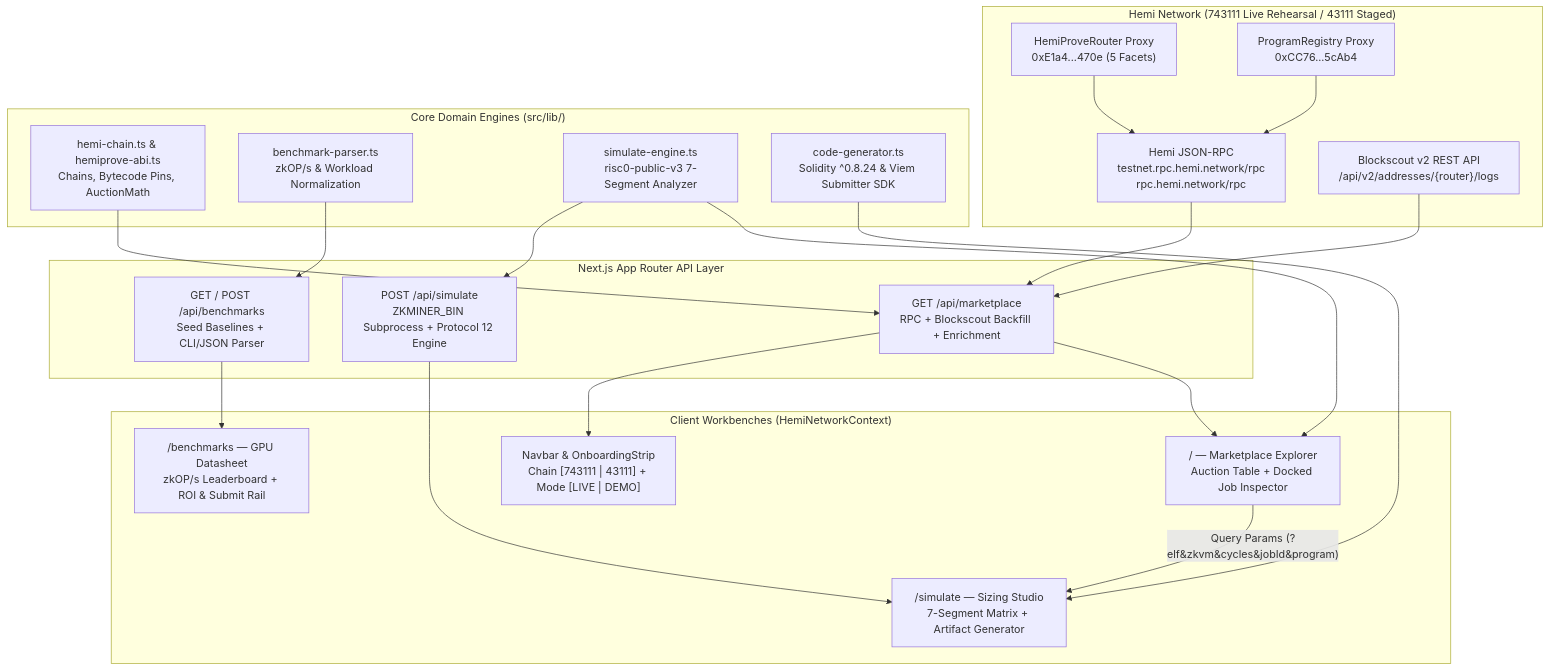
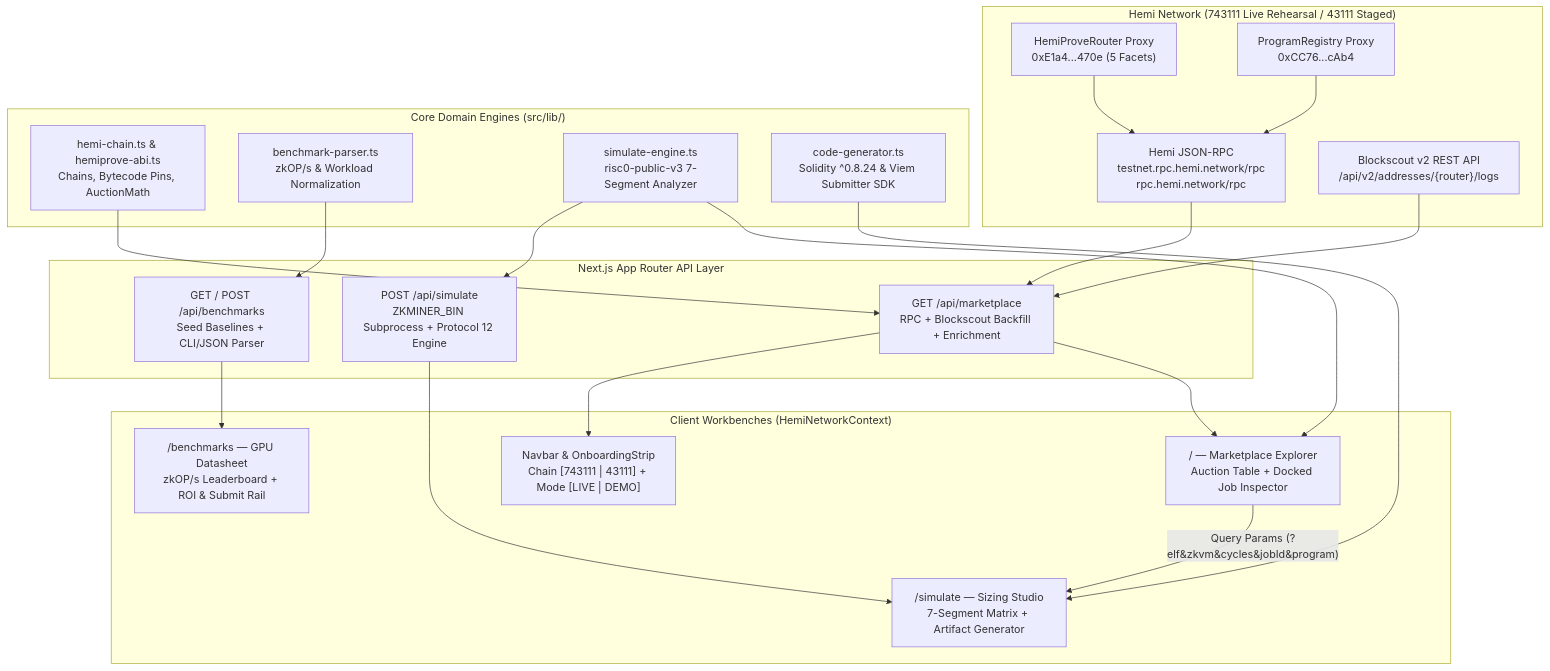
The diagram in ARCHITECTURE.md (itsmeaokiji/hemiprove-hub), drawn with Mermaid before and after one commit. The commit also changed other lines of this file and 2 other files, not shown here.

Commit message:
docs: update design labels, add serverless scope notes, and add roadmap

````diff
--- a/ARCHITECTURE.md
+++ b/ARCHITECTURE.md
@@ -11,45 +11,45 @@
 ```mermaid
 flowchart TD
     subgraph HemiNetwork["Hemi Network (743111 Live Rehearsal / 43111 Staged)"]
         RPC["Hemi JSON-RPC\ntestnet.rpc.hemi.network/rpc\nrpc.hemi.network/rpc"]
         BS["Blockscout v2 REST API\n/api/v2/addresses/{router}/logs"]
         RTR["HemiProveRouter Proxy\n0xE1a4...470e (5 Facets)"]
-        PRG["ProgramRegistry Proxy\n0xCC76...5cAb4"]
+        PRG["ProgramRegistry Proxy\n0xCC76...cAb4"]
     end
 
     subgraph NextServer["Next.js App Router API Layer"]
         MKT_API["GET /api/marketplace\nRPC + Blockscout Backfill + Enrichment"]
         BM_API["GET / POST /api/benchmarks\nSeed Baselines + CLI/JSON Parser"]
         SIM_API["POST /api/simulate\nZKMINER_BIN Subprocess + Protocol 12 Engine"]
     end
 
     subgraph SharedLib["Core Domain Engines (src/lib/)"]
         CHAIN["hemi-chain.ts & hemiprove-abi.ts\nChains, Bytecode Pins, AuctionMath"]
         PARSER["benchmark-parser.ts\nzkOP/s & Workload Normalization"]
         SIMENG["simulate-engine.ts\nrisc0-public-v3 7-Segment Analyzer"]
         CODEGEN["code-generator.ts\nSolidity ^0.8.24 & Viem Submitter SDK"]
     end
 
     subgraph ClientUI["Client Workbenches (HemiNetworkContext)"]
         NAV["Navbar & OnboardingStrip\nChain [743111 | 43111] + Mode [LIVE | DEMO]"]
         P1["/ — Marketplace Explorer\nAuction Table + Docked Job Inspector"]
         P2["/benchmarks — GPU Datasheet\nzkOP/s Leaderboard + ROI & Submit Rail"]
         P3["/simulate — Sizing Studio\n7-Segment Matrix + Artifact Generator"]
     end
 
     RTR --> RPC
     PRG --> RPC
     RPC --> MKT_API
     BS --> MKT_API
     CHAIN --> MKT_API
     PARSER --> BM_API
     SIMENG --> SIM_API
     CODEGEN --> P3
     SIMENG --> P1
 
     MKT_API --> NAV
     MKT_API --> P1
     BM_API --> P2
     SIM_API --> P3
     P1 -- "Query Params (?elf&zkvm&cycles&jobId&program)" --> P3
 ```
````
